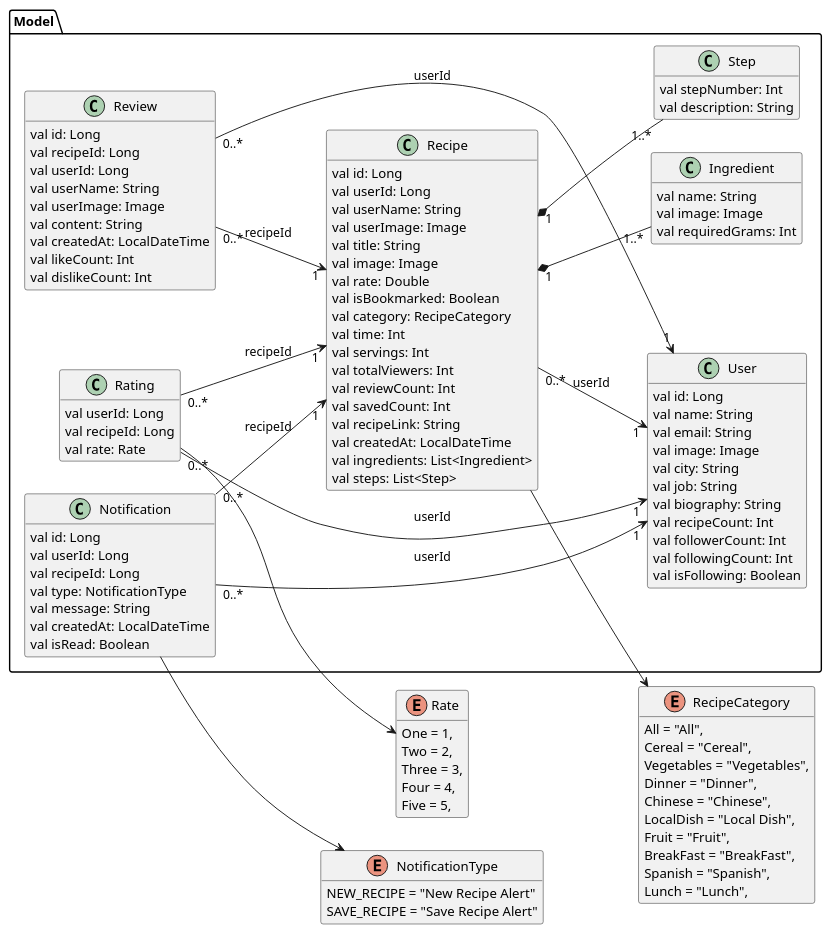
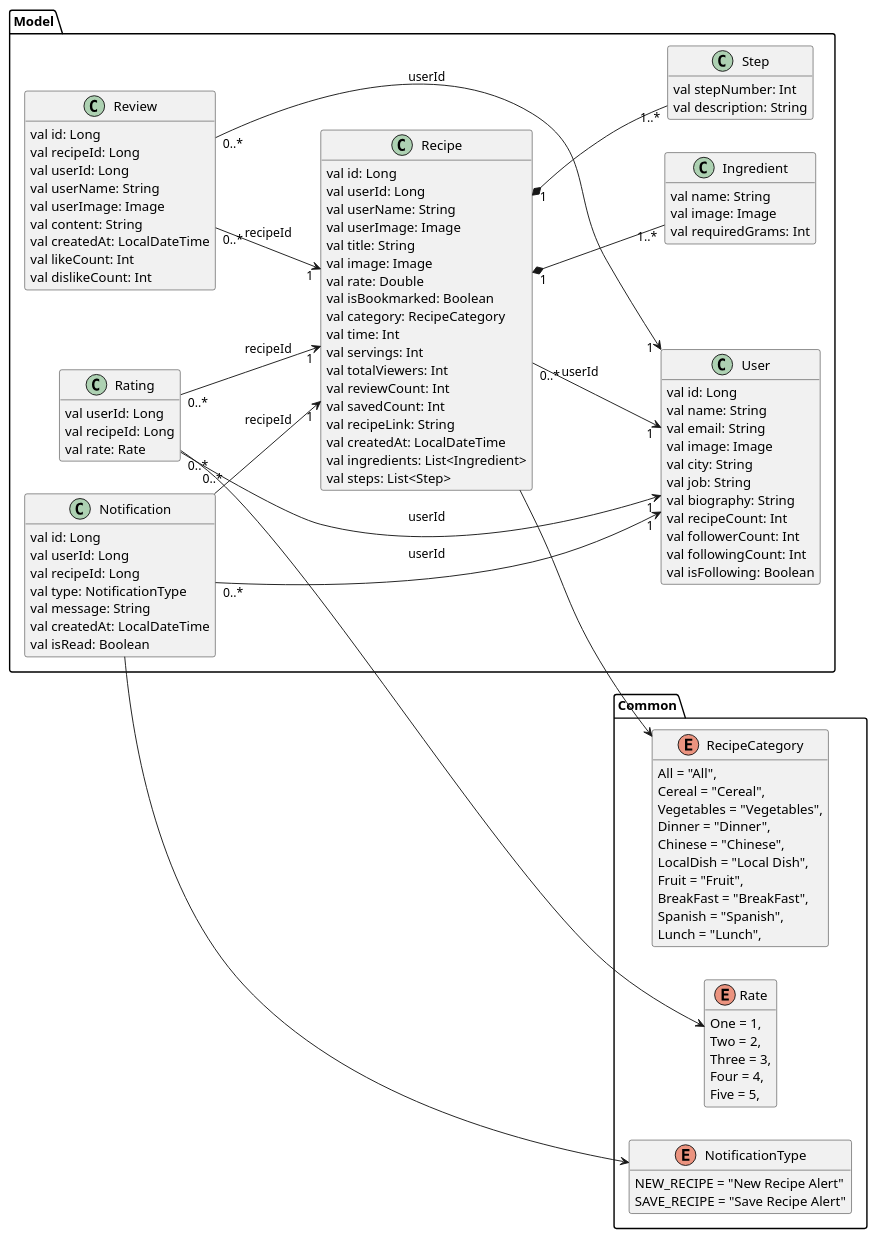
The diagram in docs/UML/Recipe/architecture_Model.puml (SurvivalCodingCampus/gangnam3-java-oop), drawn with PlantUML before and after one commit.

Commit message:
docs: UML 다이어그램 Common 패키지로 enum 묶기

```diff
--- a/docs/UML/Recipe/architecture_Model.puml
+++ b/docs/UML/Recipe/architecture_Model.puml
@@ -1,124 +1,127 @@
 @startuml
 'https://plantuml.com/class-diagram
 ' architecture_DTO.puml(DTO) 기반 Model
 
 left to right direction
 hide empty members
 
 ' Enum (architecture_DTO.puml 에서 복사)
-enum RecipeCategory {
-  All = "All",
-  Cereal = "Cereal",
-  Vegetables = "Vegetables",
-  Dinner = "Dinner",
-  Chinese = "Chinese",
-  LocalDish = "Local Dish",
-  Fruit = "Fruit",
-  BreakFast = "BreakFast",
-  Spanish = "Spanish",
-  Lunch = "Lunch",
-}
+package Common {
+    left to right direction
+    enum RecipeCategory {
+      All = "All",
+      Cereal = "Cereal",
+      Vegetables = "Vegetables",
+      Dinner = "Dinner",
+      Chinese = "Chinese",
+      LocalDish = "Local Dish",
+      Fruit = "Fruit",
+      BreakFast = "BreakFast",
+      Spanish = "Spanish",
+      Lunch = "Lunch",
+    }
 
-enum Rate {
-  One = 1,
-  Two = 2,
-  Three = 3,
-  Four = 4,
-  Five = 5,
-}
+    enum Rate {
+      One = 1,
+      Two = 2,
+      Three = 3,
+      Four = 4,
+      Five = 5,
+    }
 
-enum NotificationType {
-    NEW_RECIPE = "New Recipe Alert"
-    SAVE_RECIPE = "Save Recipe Alert"
+    enum NotificationType {
+        NEW_RECIPE = "New Recipe Alert"
+        SAVE_RECIPE = "Save Recipe Alert"
+    }
 }
 
 package Model {
     class User {
         val id: Long
         val name: String
         val email: String
         val image: Image
         val city: String
         val job: String
         val biography: String
         val recipeCount: Int
         val followerCount: Int
         val followingCount: Int
         val isFollowing: Boolean
     }
 
     class Recipe {
         val id: Long
         val userId: Long
         val userName: String
         val userImage: Image
         val title: String
         val image: Image
         val rate: Double
         val isBookmarked: Boolean
         val category: RecipeCategory
         val time: Int
         val servings: Int
         val totalViewers: Int
         val reviewCount: Int
         val savedCount: Int
         val recipeLink: String
         val createdAt: LocalDateTime
         val ingredients: List<Ingredient>
         val steps: List<Step>
     }
 
     class Ingredient {
         val name: String
         val image: Image
         val requiredGrams: Int
     }
 
     class Step {
         val stepNumber: Int
         val description: String
     }
 
     class Rating {
         val userId: Long
         val recipeId: Long
         val rate: Rate
     }
 
     class Review {
         val id: Long
         val recipeId: Long
         val userId: Long
         val userName: String
         val userImage: Image
         val content: String
         val createdAt: LocalDateTime
         val likeCount: Int
         val dislikeCount: Int
     }
 
     class Notification {
         val id: Long
         val userId: Long
         val recipeId: Long
         val type: NotificationType
         val message: String
         val createdAt: LocalDateTime
         val isRead: Boolean
     }
 
     Recipe "0..*" --> "1" User : userId
     Recipe "1" *-- "1..*" Ingredient
     Recipe "1" *-- "1..*" Step
     Recipe --> RecipeCategory
     Review "0..*" --> "1" User : userId
     Review "0..*" --> "1" Recipe : recipeId
     Rating "0..*" --> "1" User : userId
     Rating "0..*" --> "1" Recipe : recipeId
     Rating --> Rate
     Notification "0..*" --> "1" User : userId
     Notification "0..*" --> "1" Recipe : recipeId
     Notification --> NotificationType
 }
 
 @enduml
```
